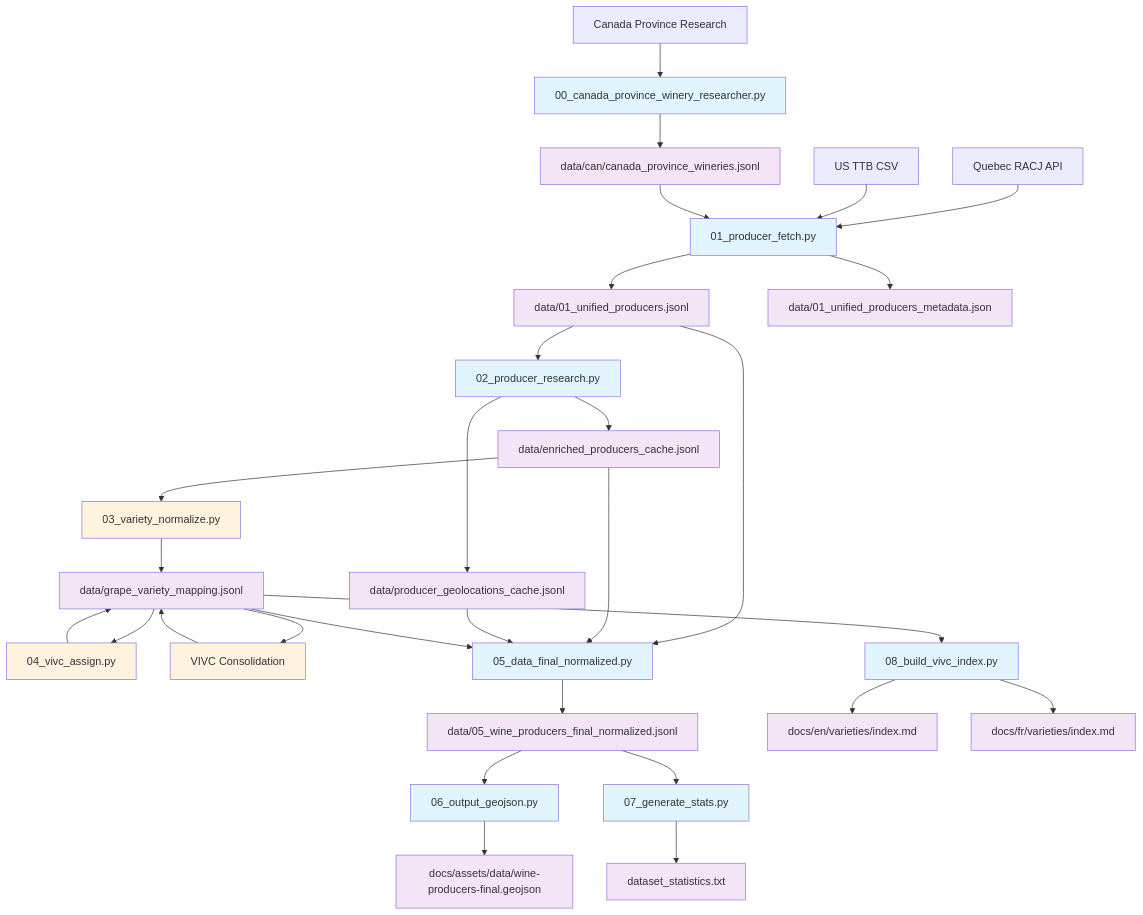
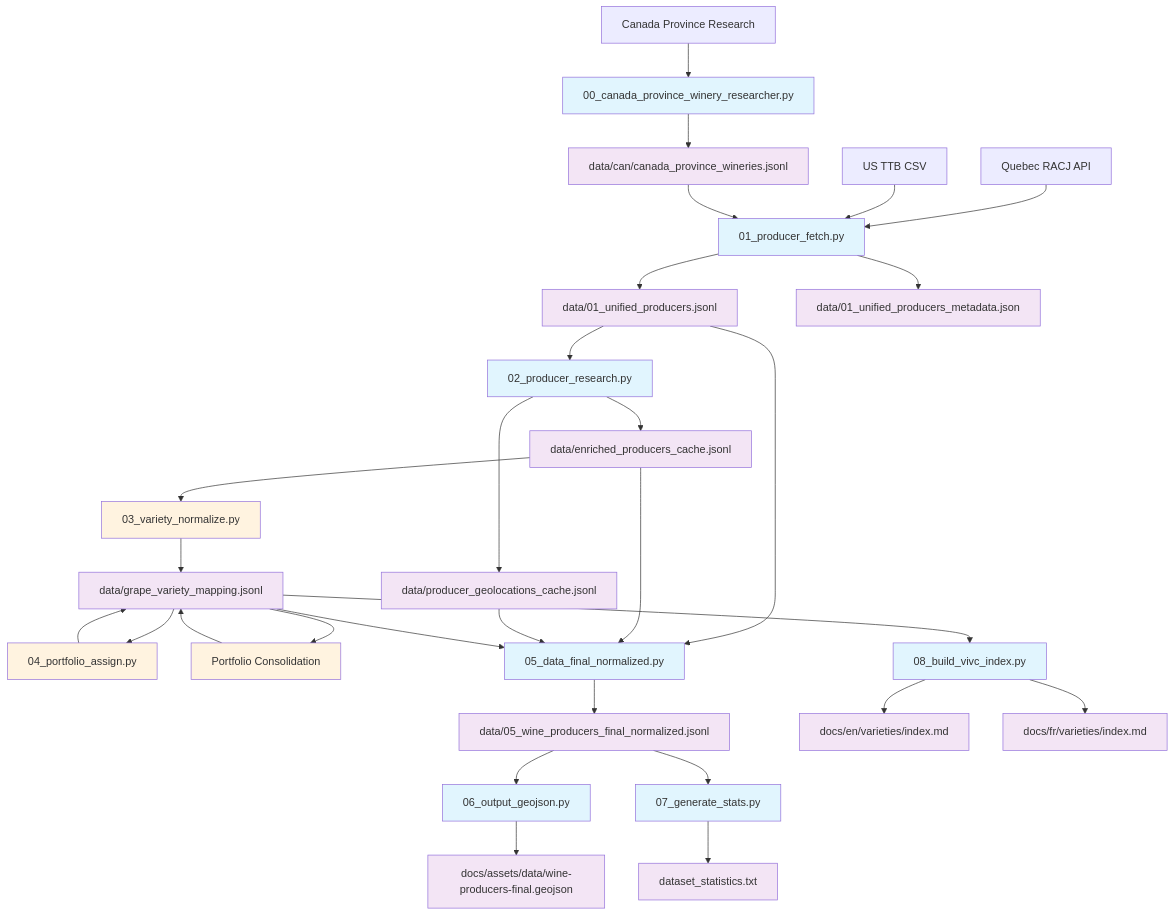
The diagram in src/README.md (p-gag/grapegeek), drawn with Mermaid before and after one commit. The commit also changed 15 other files, not shown here.

````diff
--- a/src/README.md
+++ b/src/README.md
@@ -16,58 +16,58 @@
 ```mermaid
 graph TD
     %% Data Sources
     A1[Quebec RACJ API] 
     A2[US TTB CSV]
     A3[Canada Province Research]
     
     %% Step 0: Data Collection
     A3 --> B0[00_canada_province_winery_researcher.py]
     B0 --> D1[data/can/canada_province_wineries.jsonl]
     
     %% Step 1: Unify Sources  
     A1 --> B1[01_producer_fetch.py]
     A2 --> B1
     D1 --> B1
     B1 --> D2[data/01_unified_producers.jsonl]
     B1 --> D2M[data/01_unified_producers_metadata.json]
     
     %% Step 2: Research & Enrichment
     D2 --> B2[02_producer_research.py]
     B2 --> D3A[data/enriched_producers_cache.jsonl]
     B2 --> D3B[data/producer_geolocations_cache.jsonl]
     
     %% Step 3: Variety Processing (Manual Review Needed)
     D3A --> B3[03_variety_normalize.py]
     B3 --> D4[data/grape_variety_mapping.jsonl]
-    D4 --> B4[04_vivc_assign.py] 
+    D4 --> B4[04_portfolio_assign.py] 
     B4 --> D4
-    D4 --> B4B[VIVC Consolidation]
+    D4 --> B4B[Portfolio Consolidation]
     B4B --> D4
     
     %% Step 4: Final Dataset
     D2 --> B5[05_data_final_normalized.py]
     D3A --> B5
     D3B --> B5  
     D4 --> B5
     B5 --> D7[data/05_wine_producers_final_normalized.jsonl]
     
     %% Step 5: Outputs
     D7 --> B6[06_output_geojson.py]
     B6 --> D8[docs/assets/data/wine-producers-final.geojson]
     
     D7 --> B7[07_generate_stats.py]
     B7 --> D10[dataset_statistics.txt]
     
     D4 --> B8[08_build_vivc_index.py]
     B8 --> D9A[docs/en/varieties/index.md]
     B8 --> D9B[docs/fr/varieties/index.md]
     
     %% Styling
     classDef script fill:#e1f5fe
     classDef datafile fill:#f3e5f5
     classDef manual fill:#fff3e0
     
     class B0,B1,B2,B3,B4,B4B,B5,B6,B7,B8 script
     class D1,D2,D2M,D3A,D3B,D4,D7,D8,D9A,D9B,D10 datafile
     class B3,B4,B4B manual
 ```
````
